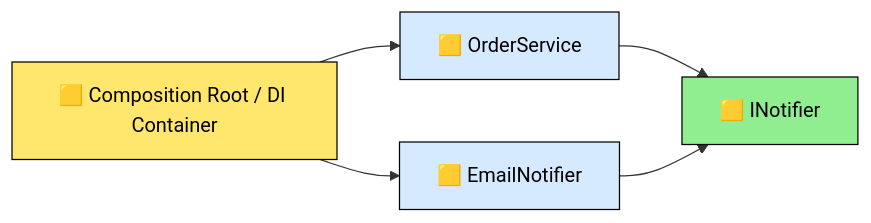
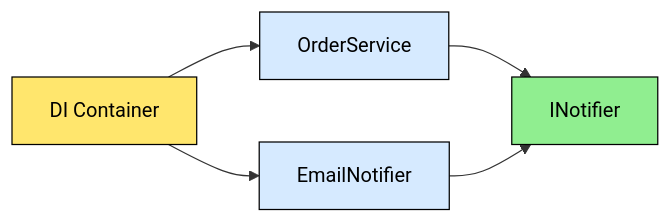
The seventh of 8 diagrams in 02-SOLID-Principles.md (azam123/Engineering-Interview-Prep), drawn with Mermaid before and after one commit. The commit also changed other lines of this file, not shown here.

Commit message:
Rewrite SOLID guide with definitions, simple explanations, examples, diagrams, and scenario-based answers

````diff
--- a/02-SOLID-Principles.md
+++ b/02-SOLID-Principles.md
@@ -318,11 +402,11 @@
 ```mermaid
 flowchart LR
-    A[🟨 Composition Root / DI Container] --> B[🟨 OrderService]
-    A --> C[🟨 EmailNotifier]
-    B --> D[🟨 INotifier]
+    A[DI Container] --> B[OrderService]
+    A --> C[EmailNotifier]
+    B --> D[INotifier]
     C --> D
     style A fill:#ffe66d,color:#000,stroke:#000
     style B fill:#d6eaff,color:#000,stroke:#000
     style C fill:#d6eaff,color:#000,stroke:#000
     style D fill:#90ee90,color:#000,stroke:#000
 ```
````
